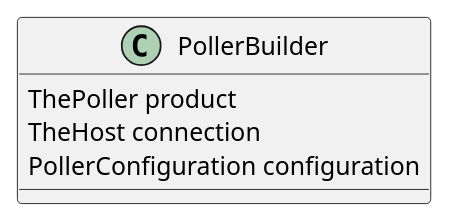
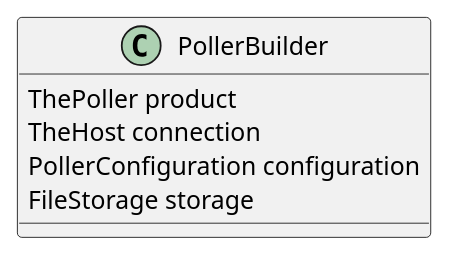
Before and after one commit to russell-n/thetuna: the third of 3 diagrams in tuna/commands/poller.rst, drawn with PlantUML. The commit also changed other lines of this file and 22 other files, not shown here.

```diff
--- a/tuna/commands/poller.rst
+++ b/tuna/commands/poller.rst
@@ -185,5 +220,6 @@
 .. uml::
 
    PollerBuilder : ThePoller product
    PollerBuilder : TheHost connection
    PollerBuilder : PollerConfiguration configuration
+   PollerBuilder : FileStorage storage
```
